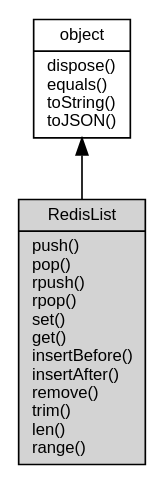
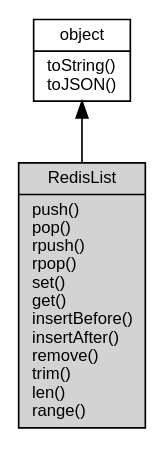
One commit to asionius/fibjs-ceph changed the diagram in docs/object/ifs/RedisList.md. Above: the diagram before and after it, drawn with Graphviz. The commit also changed other lines of this file and 138 other files, not shown here.

````diff
--- a/docs/object/ifs/RedisList.md
+++ b/docs/object/ifs/RedisList.md
@@ -13,10 +13,10 @@
 ```dot
 digraph {
     node [fontname="Helvetica,sans-Serif", fontsize=10, shape="record", style="filled", fillcolor="white"];
 
-    object [tooltip="object", URL="object.md", label="{object|dispose()\lequals()\ltoString()\ltoJSON()\l}"];
-    RedisList [tooltip="RedisList", fillcolor="lightgray", label="{RedisList|push()\lpop()\lrpush()\lrpop()\lset()\lget()\linsertBefore()\linsertAfter()\lremove()\ltrim()\llen()\lrange()\l}"];
+    object [tooltip="object", URL="object.md", label="{object|toString()\ltoJSON()\l}"];
+    RedisList [tooltip="RedisList", fillcolor="lightgray", id="me", label="{RedisList|push()\lpop()\lrpush()\lrpop()\lset()\lget()\linsertBefore()\linsertAfter()\lremove()\ltrim()\llen()\lrange()\l}"];
 
     object -> RedisList [dir=back];
 }
 ```
````
